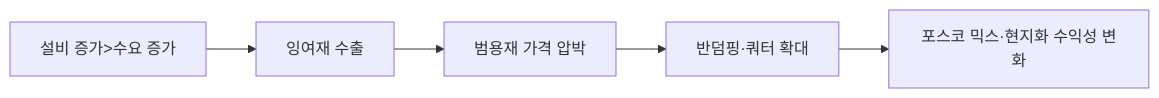
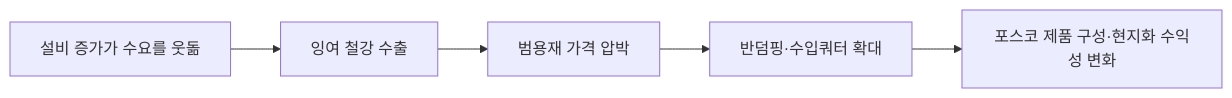
The diagram in market-sensing-wiki/signals/SIG-A07F1B887CA2.md (arik1988/posco-market-sensing-wiki), drawn with Mermaid before and after one commit. The commit also changed other lines of this file and 143 other files, not shown here.

````diff
--- a/market-sensing-wiki/signals/SIG-A07F1B887CA2.md
+++ b/market-sensing-wiki/signals/SIG-A07F1B887CA2.md
@@ -35,7 +43,7 @@
 ```mermaid
 flowchart LR
-  A[설비 증가>수요 증가] --> B[잉여재 수출]
+  A[설비 증가가 수요를 웃돎] --> B[잉여 철강 수출]
   B --> C[범용재 가격 압박]
-  C --> D[반덤핑·쿼터 확대]
-  D --> E[포스코 믹스·현지화 수익성 변화]
+  C --> D[반덤핑·수입쿼터 확대]
+  D --> E[포스코 제품 구성·현지화 수익성 변화]
 ```
````
